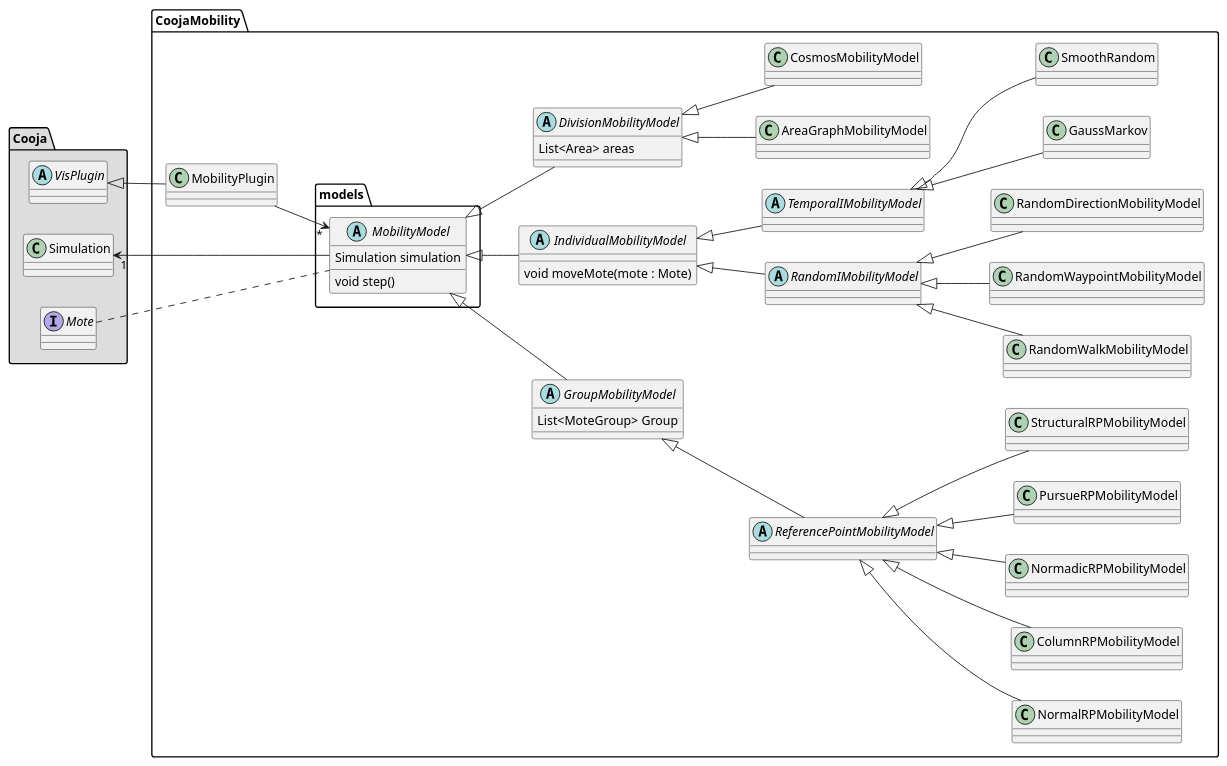
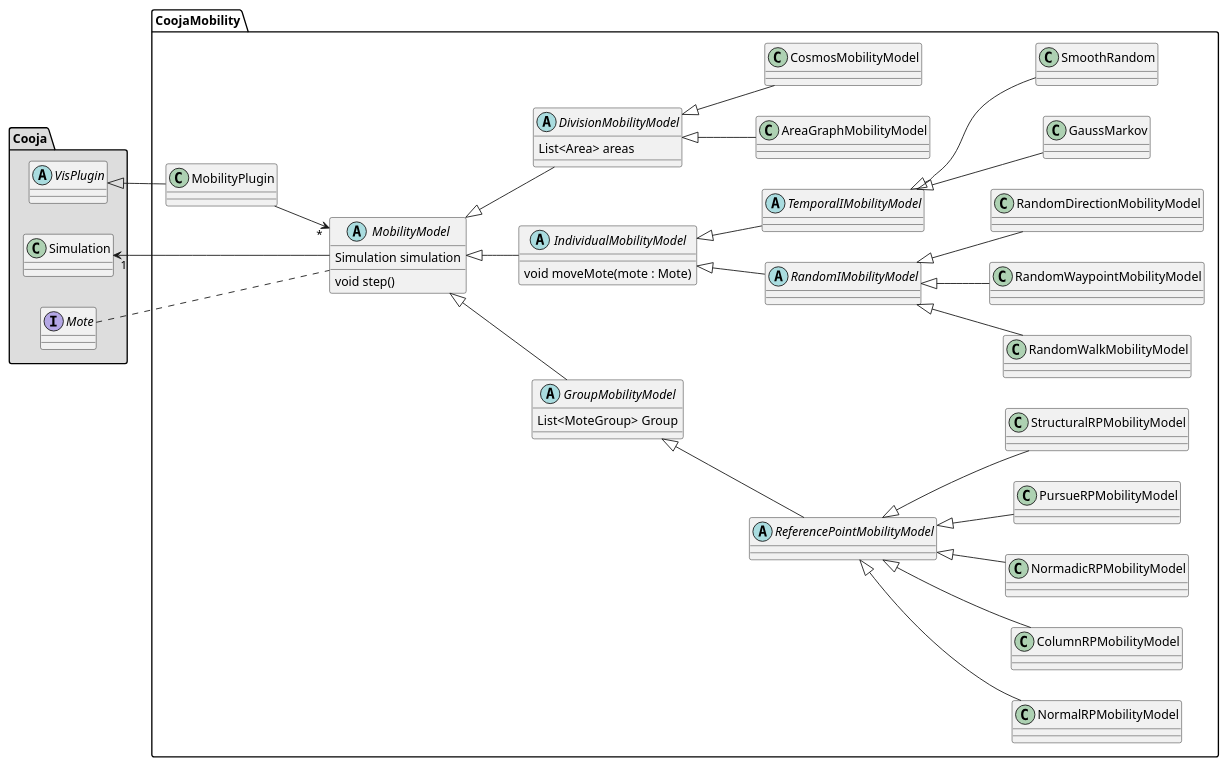
The diagram in uml/MobilityUML.puml (dpvdberg/CoojaMobility), drawn with PlantUML before and after one commit. The commit also changed 7 other files, not shown here.

Commit message:
Fix double scheduling and load group panel on plugin load

```diff
--- a/uml/MobilityUML.puml
+++ b/uml/MobilityUML.puml
@@ -1,72 +1,72 @@
 @startuml
 left to right direction
 
 package "Cooja" #DDDDDD {
     abstract VisPlugin
     class Simulation
     interface Mote
 }
 
 package "CoojaMobility" {
     class MobilityPlugin
-    abstract models.MobilityModel {
+    abstract MobilityModel {
         Simulation simulation
         void step()
     }
     abstract GroupMobilityModel {
         List<MoteGroup> Group
     }
     abstract IndividualMobilityModel {
         void moveMote(mote : Mote)
     }
 
     abstract RandomIMobilityModel
     abstract TemporalIMobilityModel
     abstract ReferencePointMobilityModel
 
     abstract DivisionMobilityModel {
         List<Area> areas
     }
 
     VisPlugin <|-- MobilityPlugin
-    Simulation "1" <-- models.MobilityModel
-    Mote ... models.MobilityModel
+    Simulation "1" <-- MobilityModel
+    Mote ... MobilityModel
 
-    MobilityPlugin --> "*" models.MobilityModel
-    models.MobilityModel <|-- GroupMobilityModel
-    models.MobilityModel <|-- IndividualMobilityModel
-    models.MobilityModel <|-- DivisionMobilityModel
+    MobilityPlugin --> "*" MobilityModel
+    MobilityModel <|-- GroupMobilityModel
+    MobilityModel <|-- IndividualMobilityModel
+    MobilityModel <|-- DivisionMobilityModel
 
     ' INDIVIDUAL MOBILITY MODELS
     IndividualMobilityModel <|-- RandomIMobilityModel
     IndividualMobilityModel <|-- TemporalIMobilityModel
 
     ' INDIVIDUAL RANDOM MOBILITY MODELS
     RandomIMobilityModel <|-- RandomWalkMobilityModel
     RandomIMobilityModel <|-- RandomWaypointMobilityModel
     RandomIMobilityModel <|-- RandomDirectionMobilityModel
 
     ' INDIVIDUAL TEMPORAL MOBILITY MODELS
     TemporalIMobilityModel <|-- GaussMarkov
     TemporalIMobilityModel <|-- SmoothRandom
 
     ' GROUP MOBILITY MODELS
     GroupMobilityModel <|-- ReferencePointMobilityModel
 
     class NormalRPMobilityModel
     class ColumnRPMobilityModel
     class NormadicRPMobilityModel
     class PursueRPMobilityModel
     class StructuralRPMobilityModel
 
     ReferencePointMobilityModel <|-- NormalRPMobilityModel
     ReferencePointMobilityModel <|-- ColumnRPMobilityModel
     ReferencePointMobilityModel <|-- NormadicRPMobilityModel
     ReferencePointMobilityModel <|-- PursueRPMobilityModel
     ReferencePointMobilityModel <|-- StructuralRPMobilityModel
 
     ' DIVISION MOBILITY MODELS
     DivisionMobilityModel <|-- AreaGraphMobilityModel
     DivisionMobilityModel <|-- CosmosMobilityModel
 }
 @enduml
```
